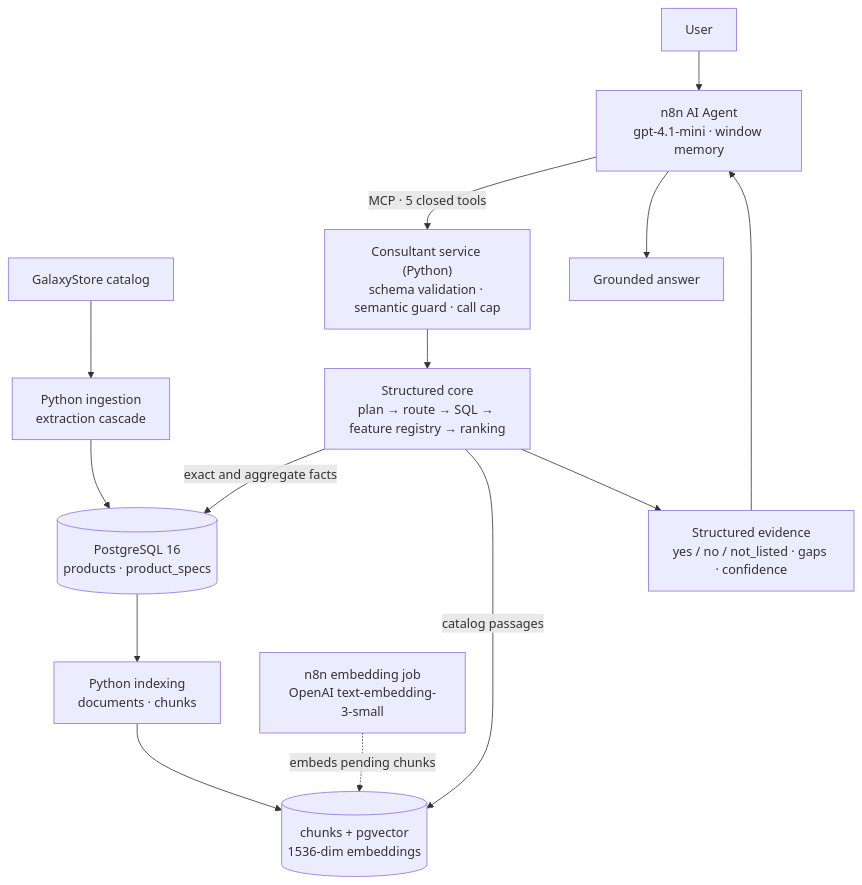
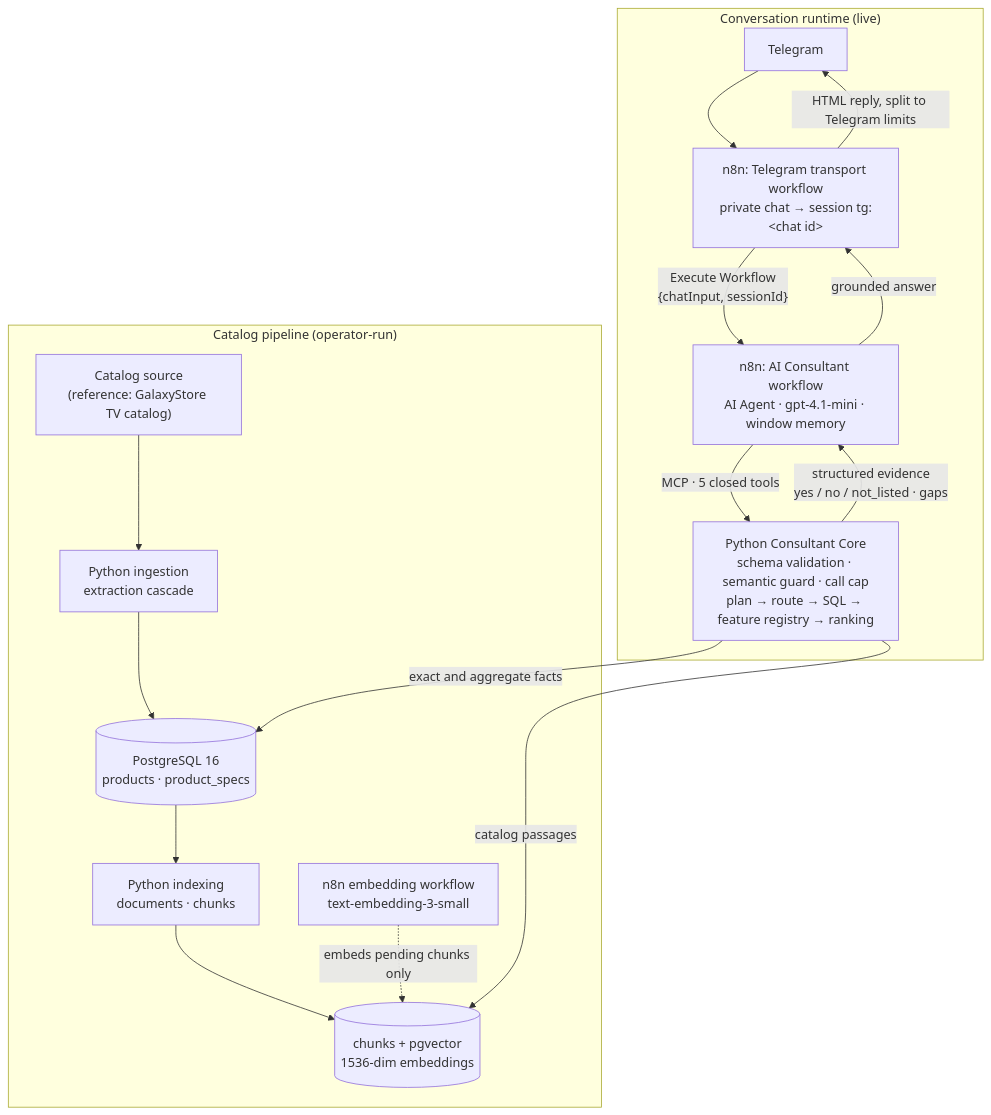
Before and after one commit to rbabashaikhov/ai-automation-lab: the diagram in projects/ai-catalog-consultant/README.md, drawn with Mermaid. The commit also changed other lines of this file and 19 other files, not shown here.

First line of the commit message:
docs(catalog-consultant): finalize portfolio documentation

````diff
--- a/projects/ai-catalog-consultant/README.md
+++ b/projects/ai-catalog-consultant/README.md
@@ -41,17 +65,21 @@
 ```mermaid
 flowchart TD
-    GS["GalaxyStore catalog"] --> ING["Python ingestion<br/>extraction cascade"]
-    ING --> PG[("PostgreSQL 16<br/>products · product_specs")]
-    PG --> IDX["Python indexing<br/>documents · chunks"]
-    IDX --> CH[("chunks + pgvector<br/>1536-dim embeddings")]
-    EMB["n8n embedding job<br/>OpenAI text-embedding-3-small"] -.->|"embeds pending chunks"| CH
+    subgraph catalog["Catalog pipeline (operator-run)"]
+        SRC["Catalog source<br/>(reference: GalaxyStore TV catalog)"] --> ING["Python ingestion<br/>extraction cascade"]
+        ING --> PG[("PostgreSQL 16<br/>products · product_specs")]
+        PG --> IDX["Python indexing<br/>documents · chunks"]
+        IDX --> CH[("chunks + pgvector<br/>1536-dim embeddings")]
+        EMB["n8n embedding workflow<br/>text-embedding-3-small"] -.->|"embeds pending chunks only"| CH
+    end
 
-    U["User"] --> AG["n8n AI Agent<br/>gpt-4.1-mini · window memory"]
-    AG -->|"MCP · 5 closed tools"| T["Consultant service (Python)<br/>schema validation · semantic guard · call cap"]
-    T --> CORE["Structured core<br/>plan → route → SQL → feature registry → ranking"]
-    CORE -->|"exact and aggregate facts"| PG
-    CORE -->|"catalog passages"| CH
-    CORE --> EV["Structured evidence<br/>yes / no / not_listed · gaps · confidence"]
-    EV --> AG
-    AG --> ANS["Grounded answer"]
+    subgraph runtime["Conversation runtime (live)"]
+        TG["Telegram"] --> TT["n8n: Telegram transport workflow<br/>private chat → session tg:&lt;chat id&gt;"]
+        TT -->|"Execute Workflow<br/>{chatInput, sessionId}"| AG["n8n: AI Consultant workflow<br/>AI Agent · gpt-4.1-mini · window memory"]
+        AG -->|"MCP · 5 closed tools"| CORE["Python Consultant Core<br/>schema validation · semantic guard · call cap<br/>plan → route → SQL → feature registry → ranking"]
+        CORE -->|"exact and aggregate facts"| PG
+        CORE -->|"catalog passages"| CH
+        CORE -->|"structured evidence<br/>yes / no / not_listed · gaps"| AG
+        AG -->|"grounded answer"| TT
+        TT -->|"HTML reply, split to Telegram limits"| TG
+    end
 ```
````
